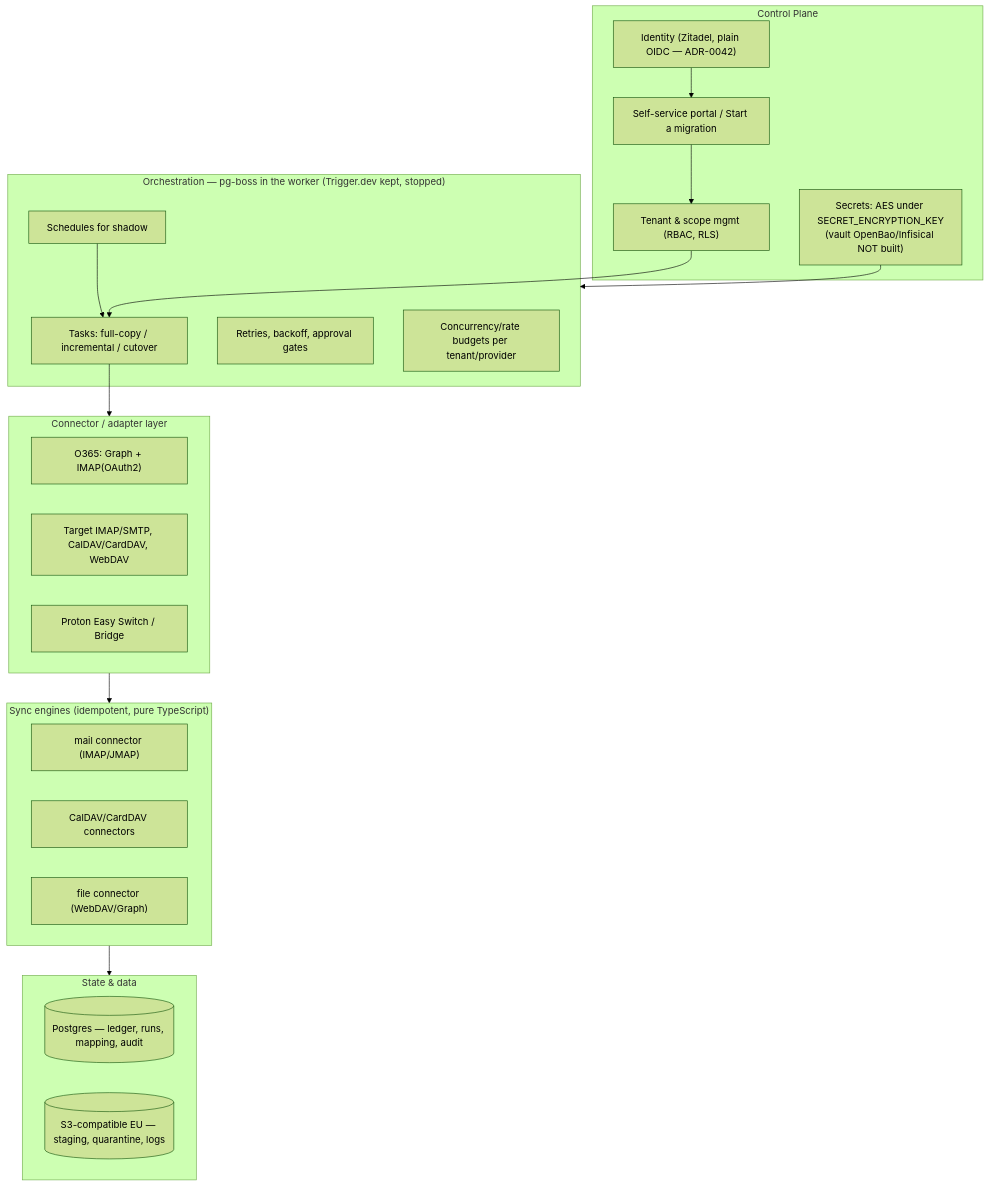
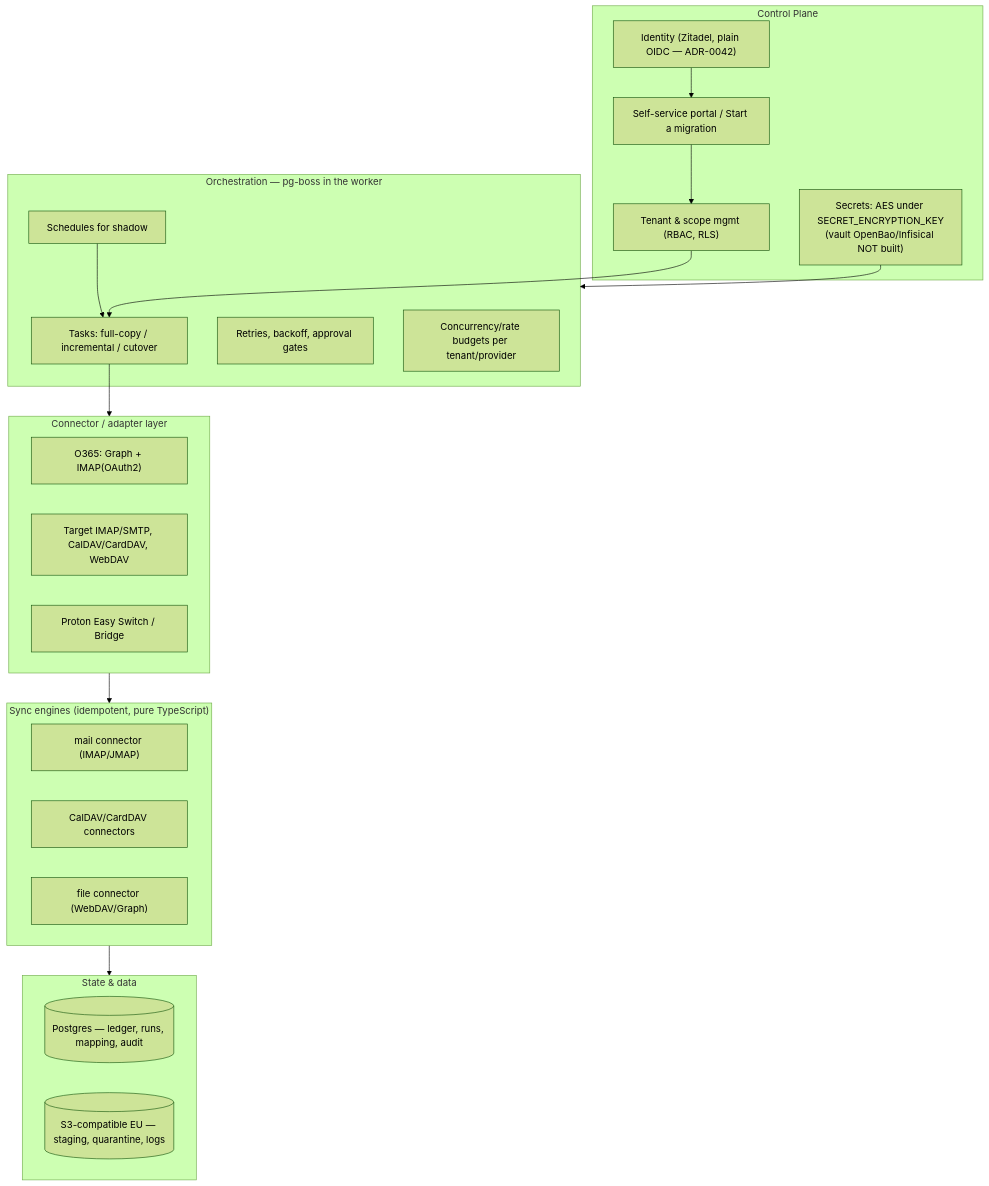
The first of 2 diagrams in docs/architecture/solution-architecture.md (Robbes/Ownpace), drawn with Mermaid (forest theme) before and after one commit. The commit also changed other lines of this file and 263 other files, not shown here.

First line of the commit message:
feat(managed)!: remove self-hosted Trigger.dev from the managed edition

````diff
--- a/docs/architecture/solution-architecture.md
+++ b/docs/architecture/solution-architecture.md
@@ -100,34 +100,34 @@
 ```mermaid
 flowchart TB
   subgraph CP["Control Plane"]
     PORTAL["Self-service portal / Start a migration"]
     IDP["Identity (Zitadel, plain OIDC — ADR-0042)"]
     TENANT["Tenant & scope mgmt (RBAC, RLS)"]
     VAULT["Secrets: AES under SECRET_ENCRYPTION_KEY<br/>(vault OpenBao/Infisical NOT built)"]
   end
-  subgraph ORCH["Orchestration — pg-boss in the worker (Trigger.dev kept, stopped)"]
+  subgraph ORCH["Orchestration — pg-boss in the worker"]
     FLOWS["Tasks: full-copy / incremental / cutover"]
     SCHED["Schedules for shadow"]
     RETRY["Retries, backoff, approval gates"]
     CONC["Concurrency/rate budgets per tenant/provider"]
   end
   subgraph ADAPT["Connector / adapter layer"]
     GRAPH["O365: Graph + IMAP(OAuth2)"]
     TARGETS["Target IMAP/SMTP, CalDAV/CardDAV, WebDAV"]
     PROTON["Proton Easy Switch / Bridge"]
   end
   subgraph ENGINES["Sync engines (idempotent, pure TypeScript)"]
     MAIL["mail connector (IMAP/JMAP)"]
     DAV["CalDAV/CardDAV connectors"]
     FILES["file connector (WebDAV/Graph)"]
   end
   subgraph STATE["State & data"]
     LEDGER[("Postgres — ledger, runs, mapping, audit")]
     OBJ[("S3-compatible EU — staging, quarantine, logs")]
   end
   PORTAL --> TENANT --> FLOWS
   IDP --> PORTAL
   VAULT --> ORCH
   FLOWS --> ADAPT --> ENGINES --> STATE
   SCHED --> FLOWS
 ```
````
